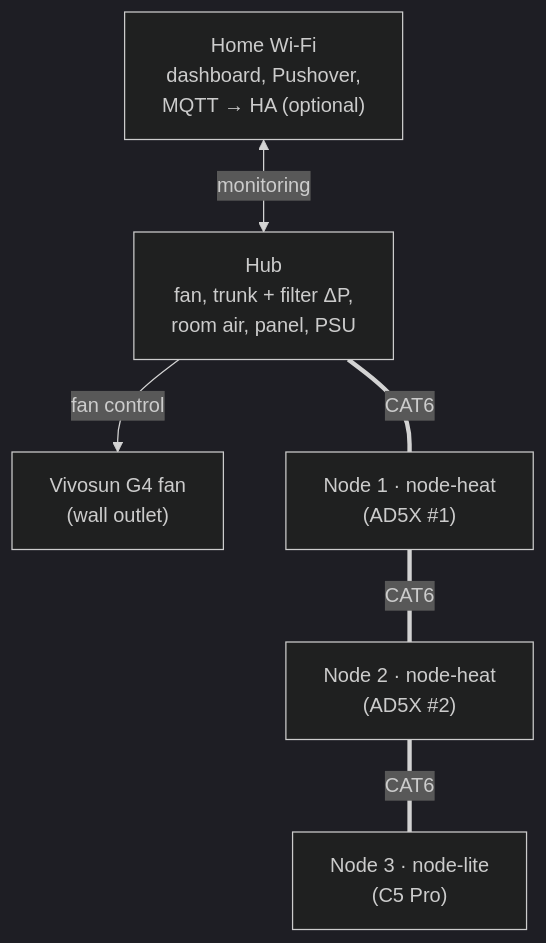
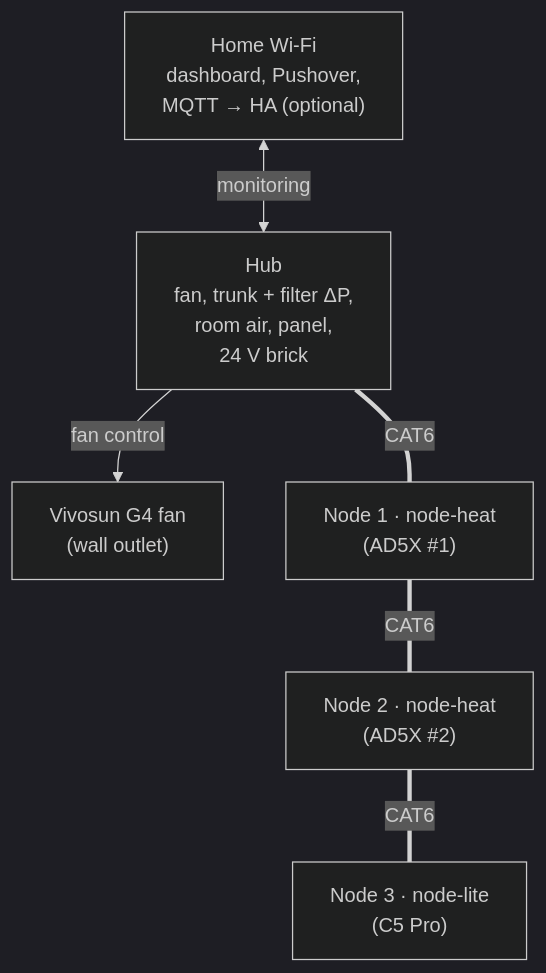
Before and after one commit to BashfulBits/3dp-fleet-exhaust: the first of 5 diagrams in docs/01_system_architecture.md, drawn with Mermaid (dark theme). The commit also changed other lines of this file and 10 other files, not shown here.

First line of the commit message:
Docs: add block, flow and layout diagrams; fix stale supply text

````diff
--- a/docs/01_system_architecture.md
+++ b/docs/01_system_architecture.md
@@ -39,14 +39,14 @@
 ```mermaid
 flowchart TB
   LAN["Home Wi-Fi<br>dashboard, Pushover,<br>MQTT → HA (optional)"]
-  HUB["Hub<br>fan, trunk + filter ΔP,<br>room air, panel, PSU"]
+  HUB["Hub<br>fan, trunk + filter ΔP,<br>room air, panel,<br>24 V brick"]
   FAN["Vivosun G4 fan<br>(wall outlet)"]
   N1["Node 1 · node-heat<br>(AD5X #1)"]
   N2["Node 2 · node-heat<br>(AD5X #2)"]
   N3["Node 3 · node-lite<br>(C5 Pro)"]
   LAN <-->|"monitoring"| HUB
   HUB -->|"fan control"| FAN
   HUB ===|"CAT6"| N1
   N1 ===|"CAT6"| N2
   N2 ===|"CAT6"| N3
 ```
````
